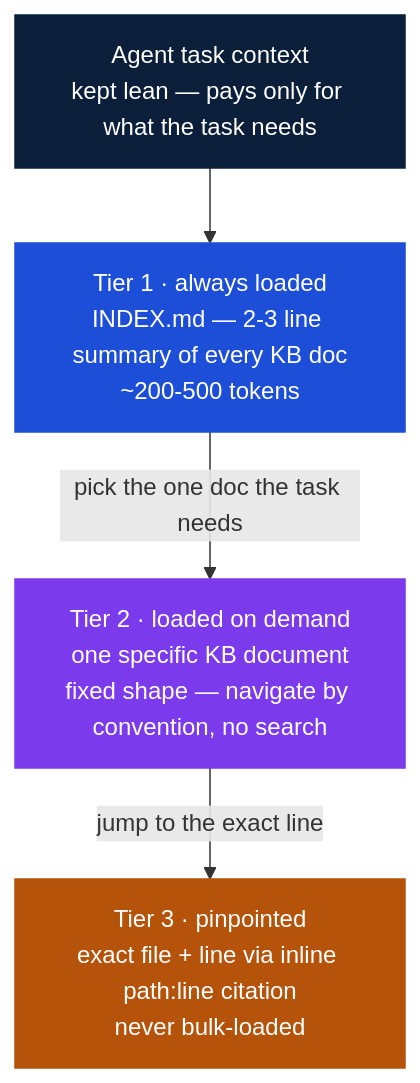
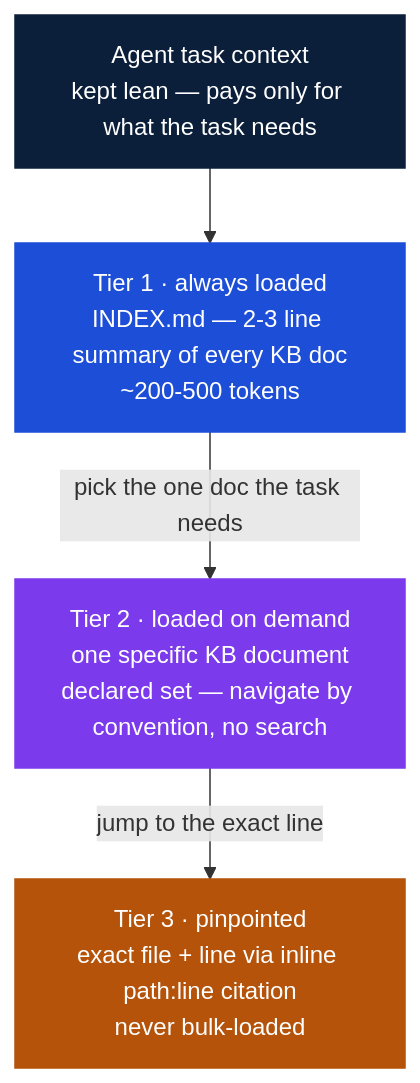
One commit to AndreVianna/aid-methodology changed the third of 5 diagrams in README.md. Above: the diagram before and after it, drawn with Mermaid. The commit also changed other lines of this file and 24 other files, not shown here.

````diff
--- a/README.md
+++ b/README.md
@@ -151,16 +151,16 @@
 ```mermaid
 flowchart TB
     classDef ctx fill:#0B1F3A,stroke:#0B1F3A,color:#ffffff
     classDef t1 fill:#1D4ED8,stroke:#1D4ED8,color:#ffffff
     classDef t2 fill:#7C3AED,stroke:#7C3AED,color:#ffffff
     classDef t3 fill:#B45309,stroke:#B45309,color:#ffffff
 
     Agent["Agent task context<br/>kept lean — pays only for what the task needs"]:::ctx
     T1["Tier 1 · always loaded<br/>INDEX.md — 2-3 line summary of every KB doc<br/>~200-500 tokens"]:::t1
-    T2["Tier 2 · loaded on demand<br/>one specific KB document<br/>fixed shape — navigate by convention, no search"]:::t2
+    T2["Tier 2 · loaded on demand<br/>one specific KB document<br/>declared set — navigate by convention, no search"]:::t2
     T3["Tier 3 · pinpointed<br/>exact file + line via inline path:line citation<br/>never bulk-loaded"]:::t3
 
     Agent --> T1
     T1 -- "pick the one doc the task needs" --> T2
     T2 -- "jump to the exact line" --> T3
 ```
````
